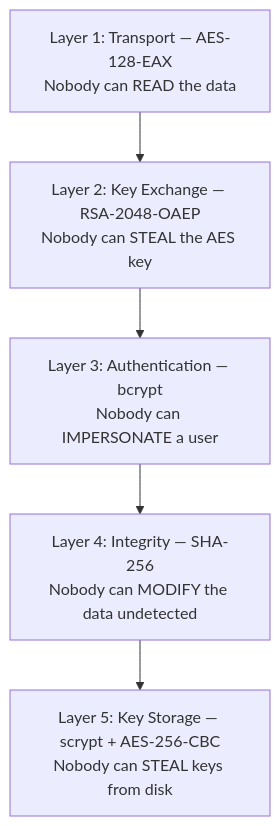
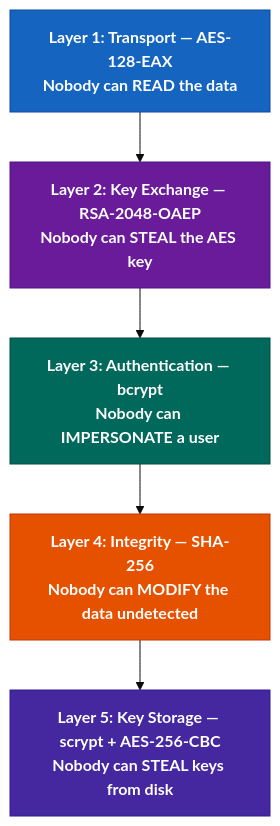
One commit to HeshamAfandi/Secure-Communication-System changed the fifth of 14 diagrams in PROJECT_DOCUMENTATION.md. Above: the diagram before and after it, drawn with Mermaid. The commit also changed other lines of this file, not shown here.

Commit message:
made the diagrams colored

````diff
--- a/PROJECT_DOCUMENTATION.md
+++ b/PROJECT_DOCUMENTATION.md
@@ -639,10 +659,17 @@
 ```mermaid
+%%{init: {'theme': 'base'}}%%
 graph TB
-    L1["Layer 1: Transport — AES-128-EAX<br/>Nobody can READ the data"]
-    L2["Layer 2: Key Exchange — RSA-2048-OAEP<br/>Nobody can STEAL the AES key"]
-    L3["Layer 3: Authentication — bcrypt<br/>Nobody can IMPERSONATE a user"]
-    L4["Layer 4: Integrity — SHA-256<br/>Nobody can MODIFY the data undetected"]
-    L5["Layer 5: Key Storage — scrypt + AES-256-CBC<br/>Nobody can STEAL keys from disk"]
+    classDef l1 fill:#1565C0,stroke:#0D47A1,color:#FFFFFF,font-weight:bold
+    classDef l2 fill:#6A1B9A,stroke:#4A148C,color:#FFFFFF,font-weight:bold
+    classDef l3 fill:#00695C,stroke:#004D40,color:#FFFFFF,font-weight:bold
+    classDef l4 fill:#E65100,stroke:#BF360C,color:#FFFFFF,font-weight:bold
+    classDef l5 fill:#4527A0,stroke:#311B92,color:#FFFFFF,font-weight:bold
+
+    L1["Layer 1: Transport — AES-128-EAX<br/>Nobody can READ the data"]:::l1
+    L2["Layer 2: Key Exchange — RSA-2048-OAEP<br/>Nobody can STEAL the AES key"]:::l2
+    L3["Layer 3: Authentication — bcrypt<br/>Nobody can IMPERSONATE a user"]:::l3
+    L4["Layer 4: Integrity — SHA-256<br/>Nobody can MODIFY the data undetected"]:::l4
+    L5["Layer 5: Key Storage — scrypt + AES-256-CBC<br/>Nobody can STEAL keys from disk"]:::l5
 
     L1 --> L2 --> L3 --> L4 --> L5
 ```
````
